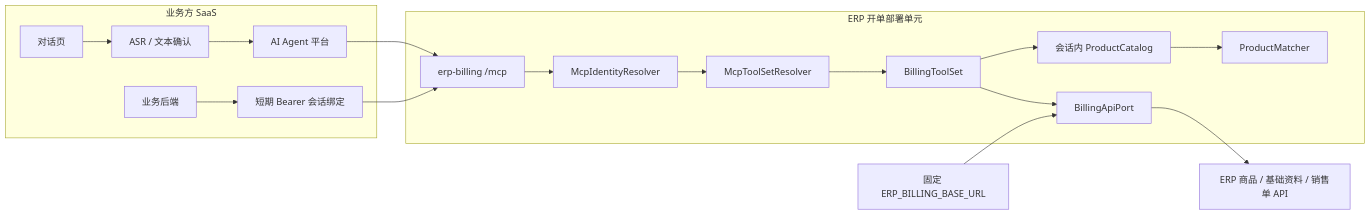
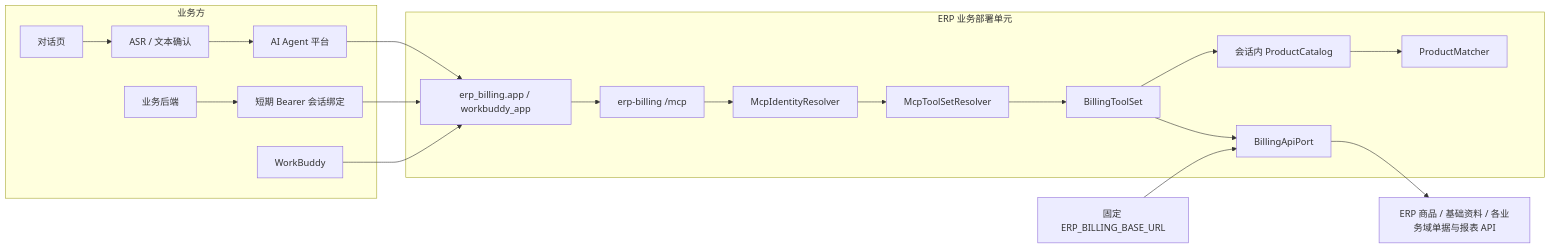
One commit to 757607106/gjp-cyb-mcp changed the first of 4 diagrams in docs/architecture/architecture-diagrams.md. Above: the diagram before and after it, drawn with Mermaid. The commit also changed other lines of this file and 34 other files, not shown here.

````diff
--- a/docs/architecture/architecture-diagrams.md
+++ b/docs/architecture/architecture-diagrams.md
@@ -7,28 +7,32 @@
 ```mermaid
 flowchart LR
-    subgraph Business["业务方 SaaS"]
+    subgraph Business["业务方"]
         Page["对话页"]
         Media["ASR / 文本确认"]
         Backend["业务后端"]
         Agent["AI Agent 平台"]
         Page --> Media --> Agent
         Backend --> Binding["短期 Bearer 会话绑定"]
+        WorkBuddy["WorkBuddy"]
     end
 
-    subgraph Billing["ERP 开单部署单元"]
+    subgraph Billing["ERP 业务部署单元"]
+        App["erp_billing.app / workbuddy_app"]
         MCP["erp-billing /mcp"]
         Identity["McpIdentityResolver"]
         Resolver["McpToolSetResolver"]
         Tools["BillingToolSet"]
         Catalog["会话内 ProductCatalog"]
         Matcher["ProductMatcher"]
         Port["BillingApiPort"]
     end
 
-    Agent --> MCP
-    Binding --> MCP
+    Agent --> App
+    Binding --> App
+    WorkBuddy --> App
+    App --> MCP
     MCP --> Identity --> Resolver --> Tools
     Tools --> Catalog --> Matcher
     FixedUrl["固定 ERP_BILLING_BASE_URL"] --> Port
-    Tools --> Port --> ERP["ERP 商品 / 基础资料 / 销售单 API"]
+    Tools --> Port --> ERP["ERP 商品 / 基础资料 / 各业务域单据与报表 API"]
 ```
````
